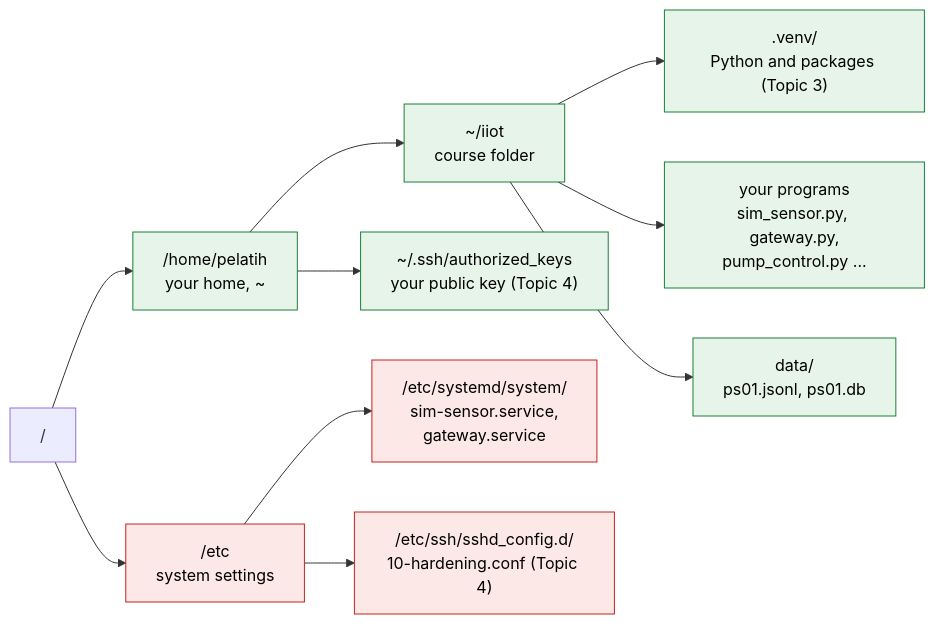
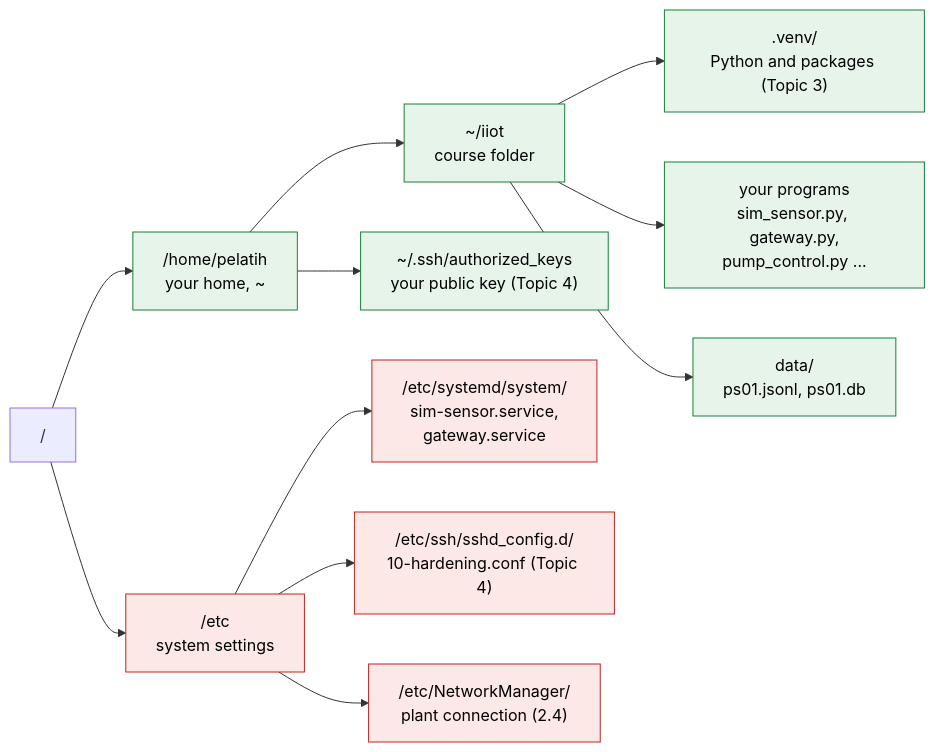
Before and after one commit to luqmanyusof/industrial-iot-raspberry-pi: the eighth of 23 diagrams in day1.md, drawn with Mermaid. The commit also changed other lines of this file and 2 other files, not shown here.

First line of the commit message:
Day 1: Pi on two networks (internet via laptop LAN cable, plant via ESP32 Wi-Fi AP)

````diff
--- a/day1.md
+++ b/day1.md
@@ -291,16 +355,17 @@
 ```mermaid
 flowchart LR
     root["/"] --> home["/home/pelatih<br/>your home, ~"]
     root --> etc["/etc<br/>system settings"]
     home --> iiot["~/iiot<br/>course folder"]
     home --> keys["~/.ssh/authorized_keys<br/>your public key (Topic 4)"]
     iiot --> venv[".venv/<br/>Python and packages (Topic 3)"]
     iiot --> code["your programs<br/>sim_sensor.py, gateway.py,<br/>pump_control.py ..."]
     iiot --> data["data/<br/>ps01.jsonl, ps01.db"]
     etc --> sysd["/etc/systemd/system/<br/>sim-sensor.service,<br/>gateway.service"]
     etc --> sshcfg["/etc/ssh/sshd_config.d/<br/>10-hardening.conf (Topic 4)"]
+    etc --> nm["/etc/NetworkManager/<br/>plant connection (2.4)"]
     classDef yours fill:#e6f4ea,stroke:#188038,color:#000
     classDef sys fill:#fce8e6,stroke:#c5221f,color:#000
     class home,iiot,keys,venv,code,data yours
-    class etc,sysd,sshcfg sys
+    class etc,sysd,sshcfg,nm sys
 ```
````
